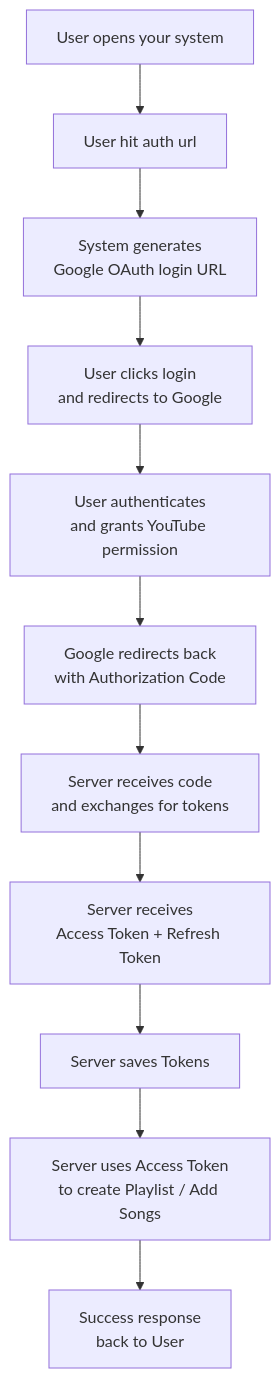
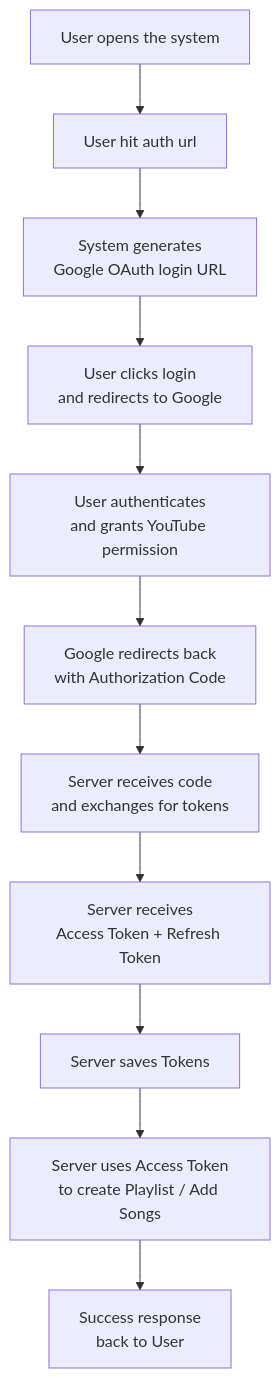
One commit to chilkaditya/HugoList changed the diagram in README.md. Above: the diagram before and after it, drawn with Mermaid. The commit also changed 1 other file, not shown here.

````diff
--- a/README.md
+++ b/README.md
@@ -3,14 +3,14 @@
 ```mermaid
 flowchart TD
-    A[User opens your system] --> B[User hit auth url]
+    A[User opens the system] --> B[User hit auth url]
     B --> C[System generates<br/>Google OAuth login URL]
     C --> D[User clicks login<br/>and redirects to Google]
     D --> E[User authenticates<br/>and grants YouTube permission]
     E --> F[Google redirects back<br/>with Authorization Code]
     F --> G[Server receives code<br/>and exchanges for tokens]
     G --> H[Server receives<br/>Access Token + Refresh Token]
     H --> I[Server saves Tokens]
     I --> J[Server uses Access Token<br/>to create Playlist / Add Songs]
     J --> K[Success response<br/>back to User]
 
 ```
````
